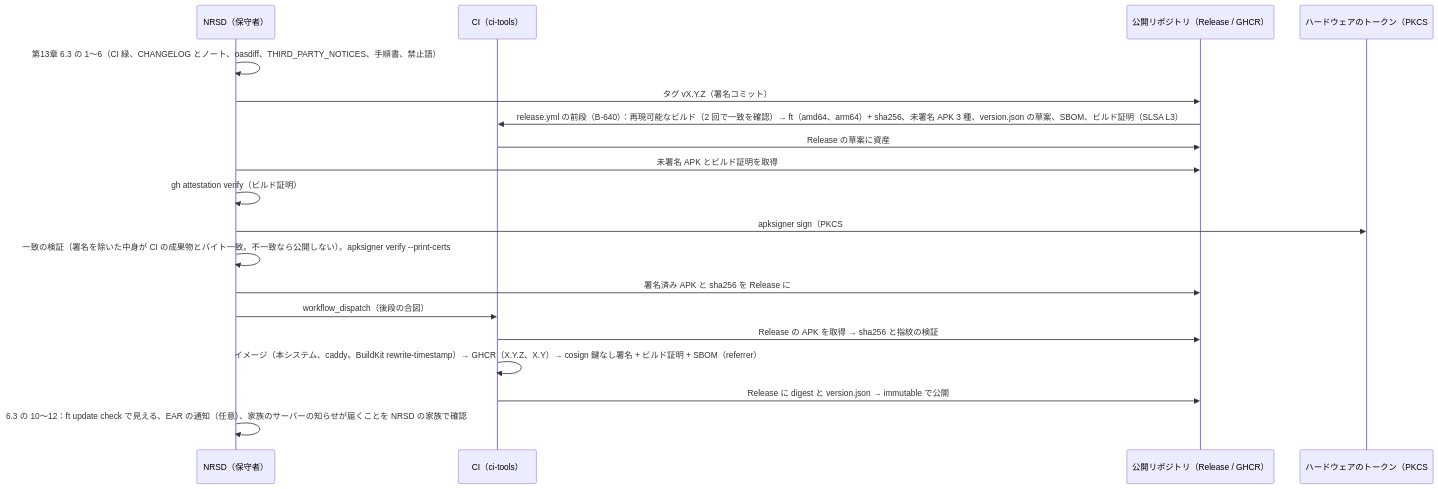
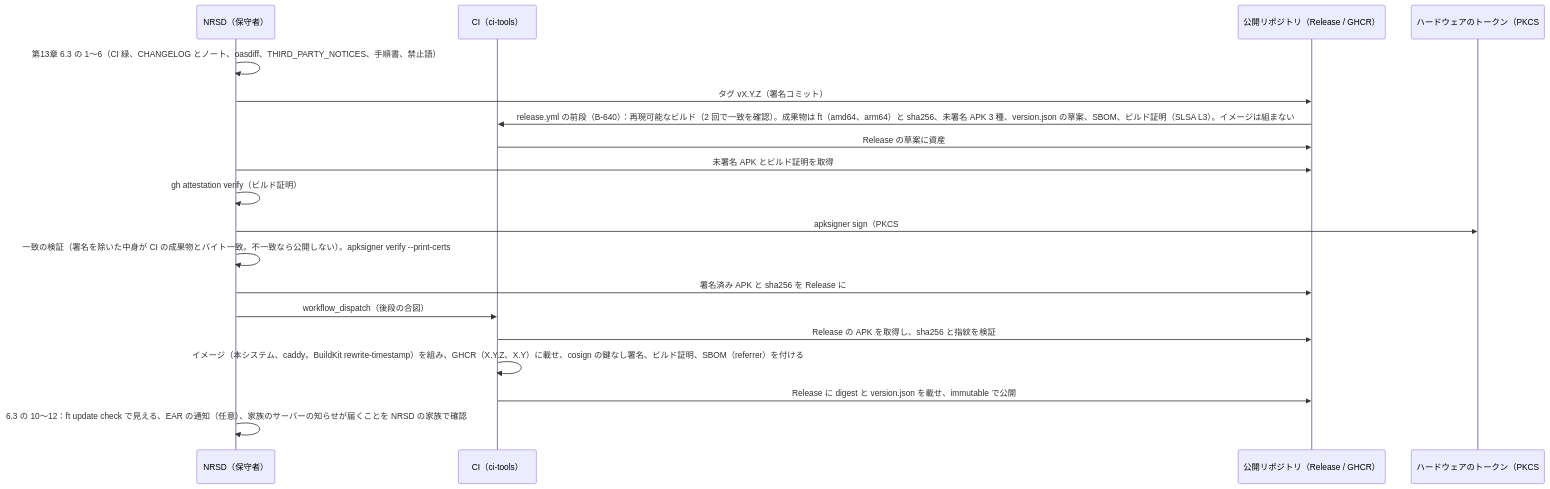
The first of 2 diagrams in dev/docs/jp/シーケンス/16_運営.md (nrsd-ishikawasou/family-talk-pwa), drawn with Mermaid before and after one commit. The commit also changed other lines of this file and 290 other files, not shown here.

````diff
--- a/dev/docs/jp/シーケンス/16_運営.md
+++ b/dev/docs/jp/シーケンス/16_運営.md
@@ -10,21 +15,21 @@
 ```mermaid
 sequenceDiagram
   participant NR as NRSD（保守者）
   participant CI as CI（ci-tools）
   participant REL as 公開リポジトリ（Release / GHCR）
   participant HSM as ハードウェアのトークン（PKCS#11）
   NR->>NR: 第13章 6.3 の 1〜6（CI 緑、CHANGELOG とノート、oasdiff、THIRD_PARTY_NOTICES、手順書、禁止語）
   NR->>REL: タグ vX.Y.Z（署名コミット）
-  REL->>CI: release.yml の前段（B-640）：再現可能なビルド（2 回で一致を確認）→ ft（amd64、arm64）+ sha256、未署名 APK 3 種、version.json の草案、SBOM、ビルド証明（SLSA L3）
+  REL->>CI: release.yml の前段（B-640）：再現可能なビルド（2 回で一致を確認）。成果物は ft（amd64、arm64）と sha256、未署名 APK 3 種、version.json の草案、SBOM、ビルド証明（SLSA L3）。イメージは組まない
   CI->>REL: Release の草案に資産
   NR->>REL: 未署名 APK とビルド証明を取得
   NR->>NR: gh attestation verify（ビルド証明）
   NR->>HSM: apksigner sign（PKCS#11。v2 + v3。lineage）
   NR->>NR: 一致の検証（署名を除いた中身が CI の成果物とバイト一致。不一致なら公開しない）。apksigner verify --print-certs
   NR->>REL: 署名済み APK と sha256 を Release に
   NR->>CI: workflow_dispatch（後段の合図）
-  CI->>REL: Release の APK を取得 → sha256 と指紋の検証
-  CI->>CI: イメージ（本システム、caddy。BuildKit rewrite-timestamp）→ GHCR（X.Y.Z、X.Y）→ cosign 鍵なし署名 + ビルド証明 + SBOM（referrer）
-  CI->>REL: Release に digest と version.json → immutable で公開
+  CI->>REL: Release の APK を取得し、sha256 と指紋を検証
+  CI->>CI: イメージ（本システム、caddy。BuildKit rewrite-timestamp）を組み、GHCR（X.Y.Z、X.Y）に載せ、cosign の鍵なし署名、ビルド証明、SBOM（referrer）を付ける
+  CI->>REL: Release に digest と version.json を載せ、immutable で公開
   NR->>NR: 6.3 の 10〜12：ft update check で見える、EAR の通知（任意）、家族のサーバーの知らせが届くことを NRSD の家族で確認
 ```
````
